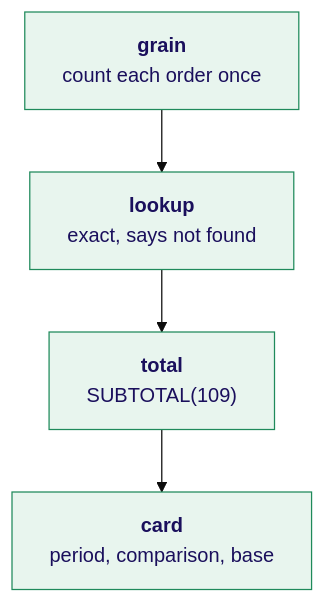
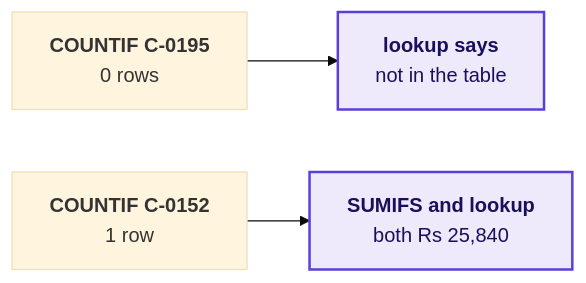
Diagram 20 of 26 in content/W02/D5/slides/C2_W02_D05_half1_STUDENT.md (fde-academy-lab/c2-content-factory), drawn with Mermaid (base theme) before and after one commit. The commit also changed other lines of this file and 5 other files, not shown here.

````diff
--- a/content/W02/D5/slides/C2_W02_D05_half1_STUDENT.md
+++ b/content/W02/D5/slides/C2_W02_D05_half1_STUDENT.md
@@ -780,8 +1058,7 @@
 ```mermaid
-flowchart TB
-    G["<b>grain</b><br/>count each order once"] --> L["<b>lookup</b><br/>exact, says not found"]
-    L --> V["<b>total</b><br/>SUBTOTAL(109)"]
-    V --> C["<b>card</b><br/>period, comparison, base"]
-    classDef good fill:#E8F5EE,stroke:#1F8A5B,color:#1A0F5C
-    class G,L,V,C good
+flowchart LR
+    C1["<b>COUNTIF C-0195</b><br/>0 rows"] --> L1["<b>lookup says</b><br/>not in the table"]
+    C2["<b>COUNTIF C-0152</b><br/>1 row"] --> L2["<b>SUMIFS and lookup</b><br/>both Rs 25,840"]
+    classDef known fill:#EEEAFB,stroke:#5B3FD6,color:#1A0F5C,stroke-width:2px
+    class L1,L2 known
 ```
````
